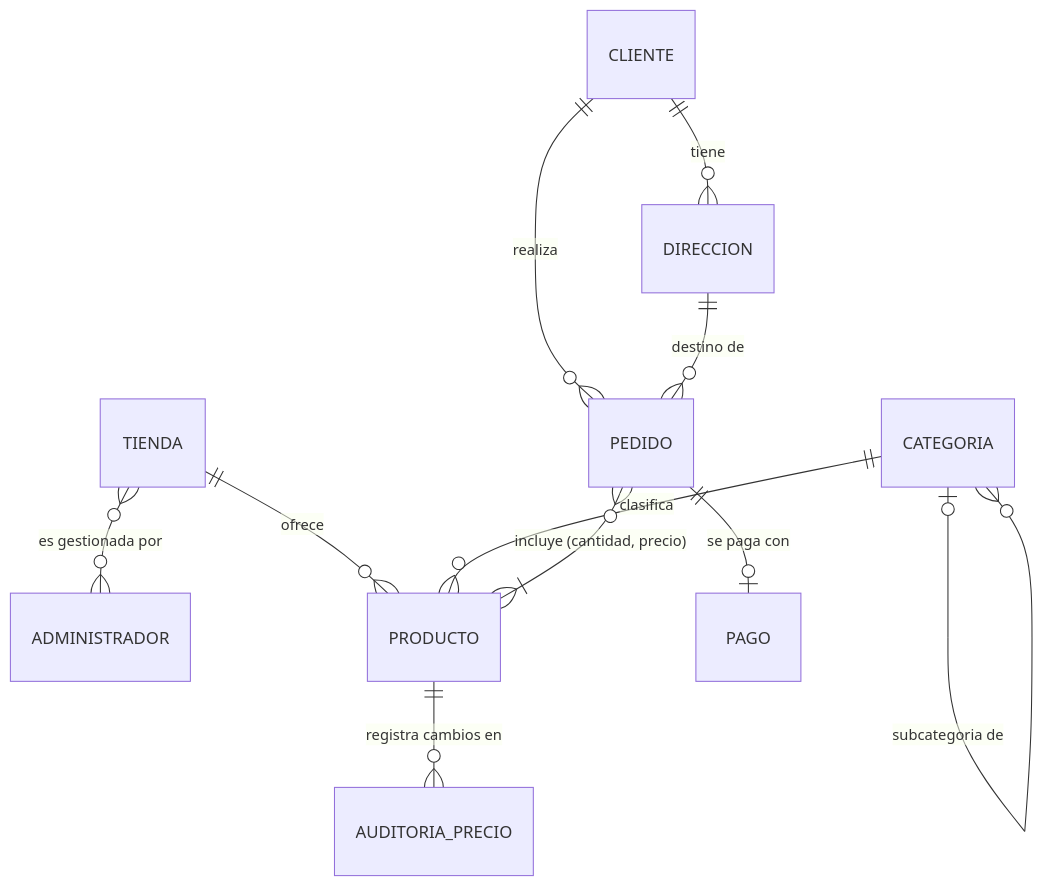
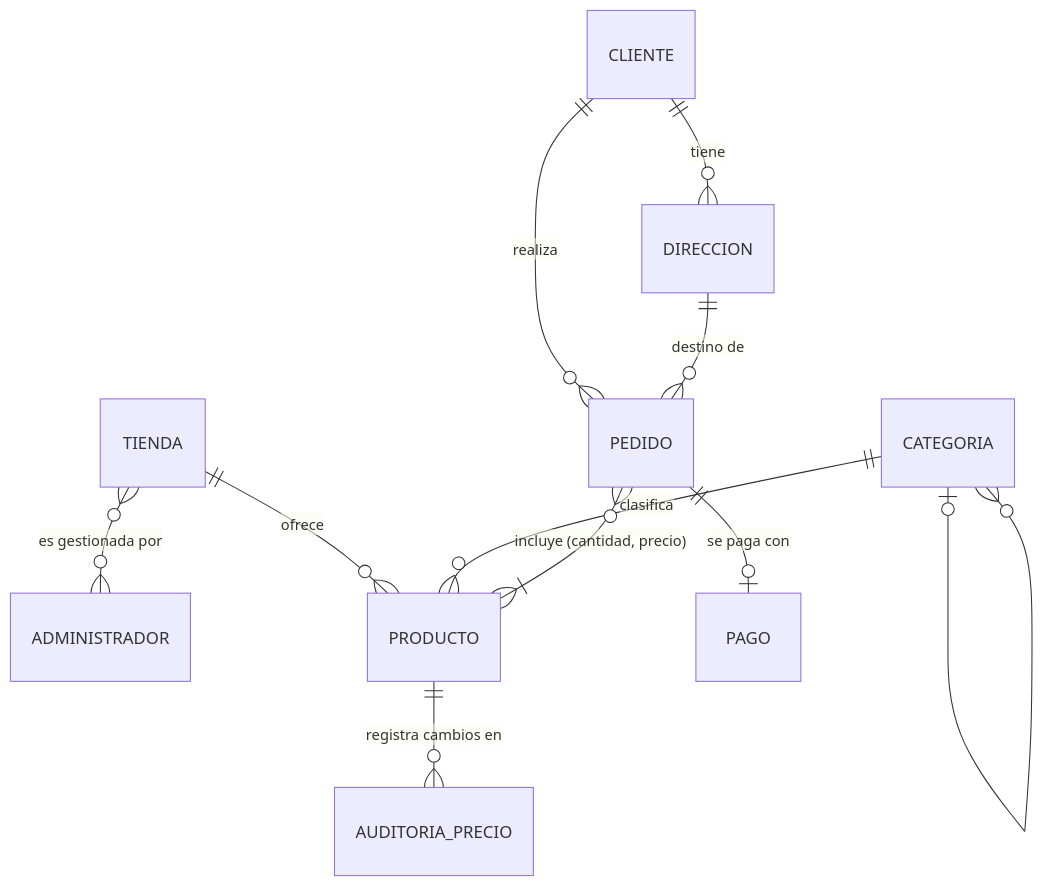
The diagram in diagramas/01_entidad_relacion.mmd (CristianLopez3/aca-bd-scritps), drawn with Mermaid before and after one commit. The commit also changed 3 other files, not shown here.

First line of the commit message:
docs: :memo: Regenera los diagramas con UUID y corrige el solapamiento de la auto-relación

```diff
--- a/diagramas/01_entidad_relacion.mmd
+++ b/diagramas/01_entidad_relacion.mmd
@@ -1,11 +1,11 @@
 erDiagram
     CLIENTE ||--o{ DIRECCION : "tiene"
     CLIENTE ||--o{ PEDIDO : "realiza"
     DIRECCION ||--o{ PEDIDO : "destino de"
     TIENDA }o--o{ ADMINISTRADOR : "es gestionada por"
     TIENDA ||--o{ PRODUCTO : "ofrece"
     CATEGORIA ||--o{ PRODUCTO : "clasifica"
-    CATEGORIA |o--o{ CATEGORIA : "subcategoria de"
+    CATEGORIA |o--o{ CATEGORIA : ""
     PEDIDO }o--|{ PRODUCTO : "incluye (cantidad, precio)"
     PEDIDO ||--o| PAGO : "se paga con"
     PRODUCTO ||--o{ AUDITORIA_PRECIO : "registra cambios en"
```
